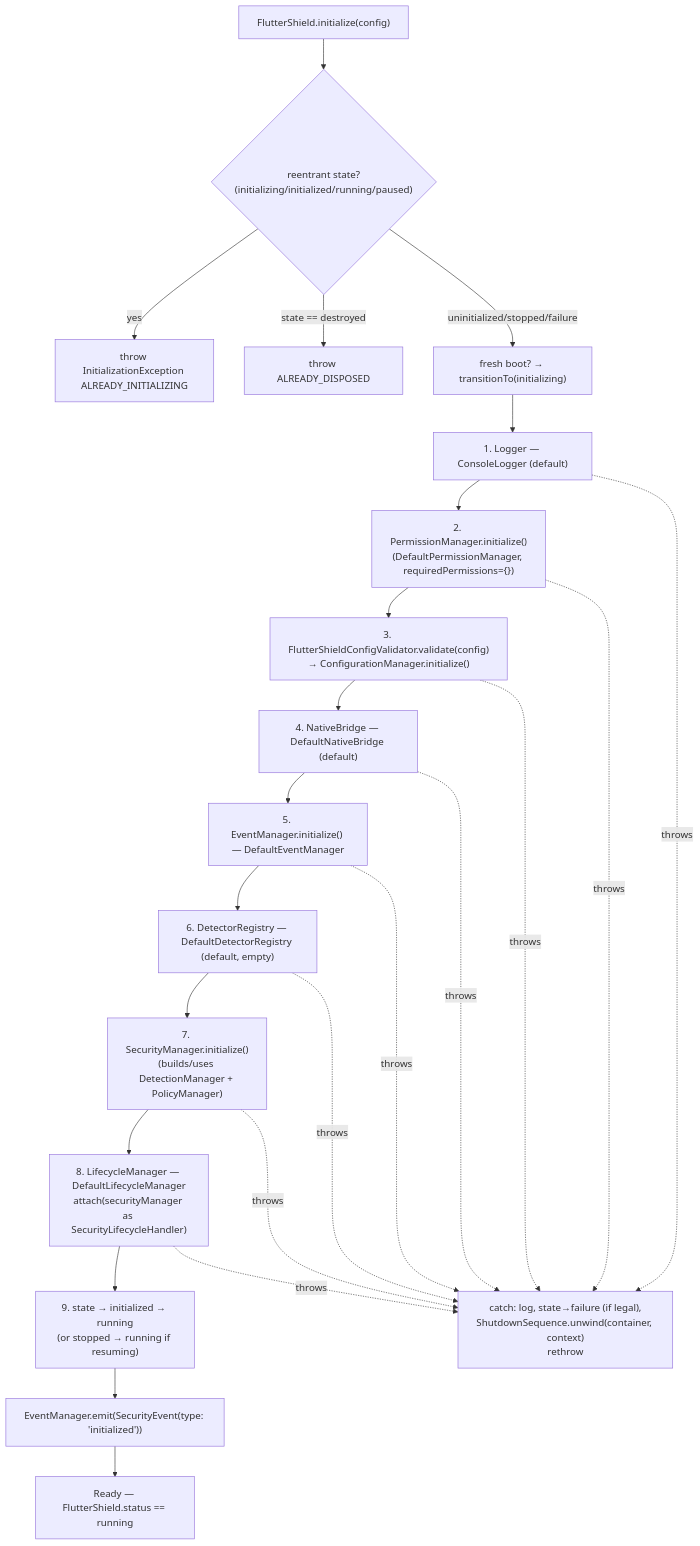
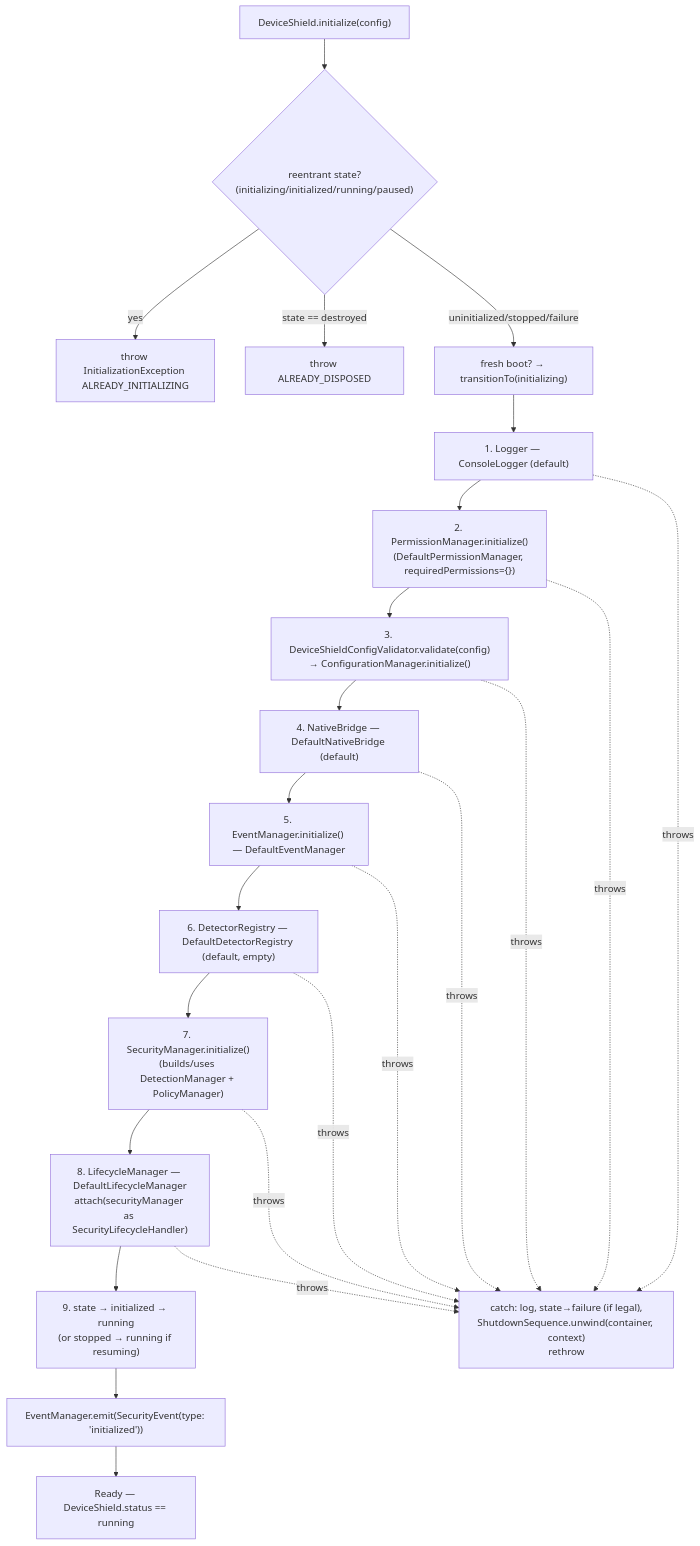
One commit to Vikaskumar75/device-shield changed the first of 7 diagrams in PLUGIN_FLOW_TRACE.md. Above: the diagram before and after it, drawn with Mermaid. The commit also changed other lines of this file and 225 other files, not shown here.

First line of the commit message:
Add documentation for device_shield including FAQ, troubleshooting, installation, and platform setup

````diff
--- a/PLUGIN_FLOW_TRACE.md
+++ b/PLUGIN_FLOW_TRACE.md
@@ -59,26 +59,26 @@
 ```mermaid
 flowchart TD
-    A["FlutterShield.initialize(config)"] --> G{"reentrant state?\n(initializing/initialized/running/paused)"}
+    A["DeviceShield.initialize(config)"] --> G{"reentrant state?\n(initializing/initialized/running/paused)"}
     G -->|yes| GX["throw InitializationException ALREADY_INITIALIZING"]
     G -->|state == destroyed| GY["throw ALREADY_DISPOSED"]
     G -->|uninitialized/stopped/failure| B["fresh boot? → transitionTo(initializing)"]
     B --> S1["1. Logger — ConsoleLogger (default)"]
     S1 --> S2["2. PermissionManager.initialize()\n(DefaultPermissionManager, requiredPermissions={})"]
-    S2 --> S3["3. FlutterShieldConfigValidator.validate(config)\n→ ConfigurationManager.initialize()"]
+    S2 --> S3["3. DeviceShieldConfigValidator.validate(config)\n→ ConfigurationManager.initialize()"]
     S3 --> S4["4. NativeBridge — DefaultNativeBridge (default)"]
     S4 --> S5["5. EventManager.initialize() — DefaultEventManager"]
     S5 --> S6["6. DetectorRegistry — DefaultDetectorRegistry (default, empty)"]
     S6 --> S7["7. SecurityManager.initialize()\n(builds/uses DetectionManager + PolicyManager)"]
     S7 --> S8["8. LifecycleManager — DefaultLifecycleManager\nattach(securityManager as SecurityLifecycleHandler)"]
     S8 --> S9["9. state → initialized → running\n(or stopped → running if resuming)"]
     S9 --> EMIT["EventManager.emit(SecurityEvent(type: 'initialized'))"]
-    EMIT --> READY["Ready — FlutterShield.status == running"]
+    EMIT --> READY["Ready — DeviceShield.status == running"]
     S1 -.throws.-> CATCH["catch: log, state→failure (if legal),\nShutdownSequence.unwind(container, context)\nrethrow"]
     S2 -.throws.-> CATCH
     S3 -.throws.-> CATCH
     S4 -.throws.-> CATCH
     S5 -.throws.-> CATCH
     S6 -.throws.-> CATCH
     S7 -.throws.-> CATCH
     S8 -.throws.-> CATCH
 ```
````
